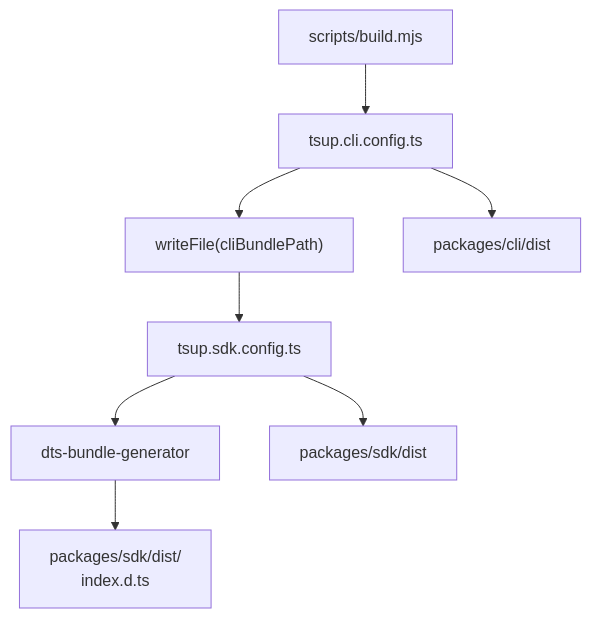
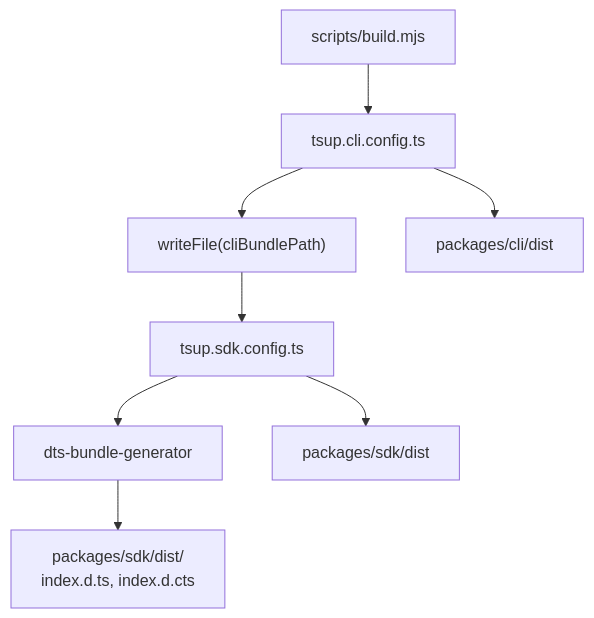
Before and after one commit to noormdev/noorm: the first of 6 diagrams in docs/wiki/infra.md, drawn with Mermaid. The commit also changed other lines of this file and 14 other files, not shown here.

````diff
--- a/docs/wiki/infra.md
+++ b/docs/wiki/infra.md
@@ -20,11 +20,11 @@
 ```mermaid
 flowchart TD
     %% source: package.json, scripts/build.mjs, tsup.cli.config.ts, tsup.sdk.config.ts
     B["scripts/build.mjs"] --> C["tsup.cli.config.ts"]
     C --> S["writeFile(cliBundlePath)"]
     S --> K["tsup.sdk.config.ts"]
     K --> T["dts-bundle-generator"]
     C --> CO["packages/cli/dist"]
     K --> KO["packages/sdk/dist"]
-    T --> D["packages/sdk/dist/<br/>index.d.ts"]
+    T --> D["packages/sdk/dist/<br/>index.d.ts, index.d.cts"]
 ```
````
